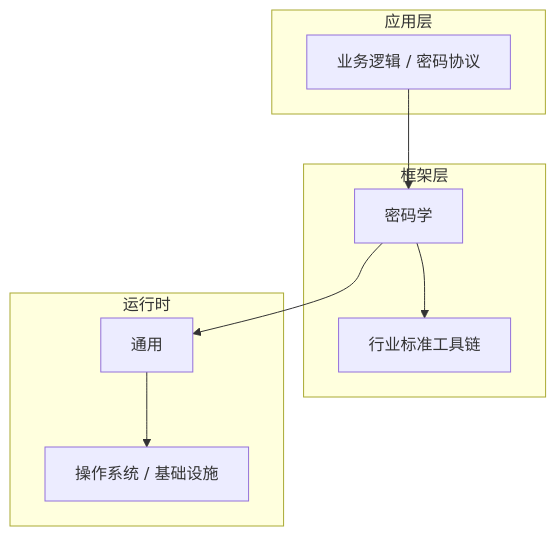
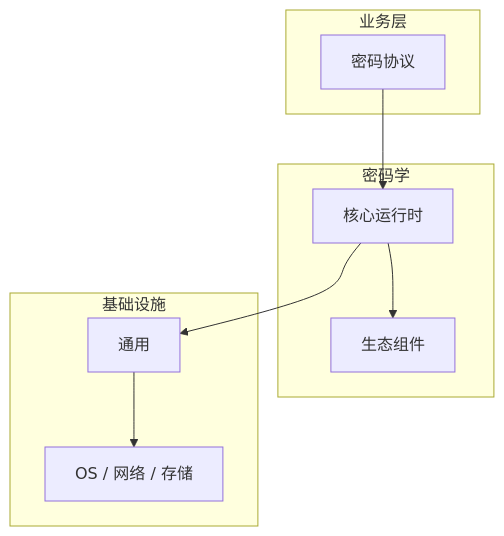
Before and after one commit to yanggan2015/knowledge-json-v2: the diagram in articles/密码学/chapters/081-密码协议核心概念与原理.md, drawn with Mermaid. The commit also changed other lines of this file and 10127 other files, not shown here.

````diff
--- a/articles/密码学/chapters/081-密码协议核心概念与原理.md
+++ b/articles/密码学/chapters/081-密码协议核心概念与原理.md
@@ -46,18 +31,18 @@
 ```mermaid
 graph TB
-    subgraph 应用层
-        A[业务逻辑 / 密码协议]
+    subgraph 业务层
+        A[密码协议]
     end
-    subgraph 框架层
-        B[密码学]
-        C[行业标准工具链]
+    subgraph 密码学
+        B[核心运行时]
+        C[生态组件]
     end
-    subgraph 运行时
+    subgraph 基础设施
         D[通用]
-        E[操作系统 / 基础设施]
+        E[OS / 网络 / 存储]
     end
     A --> B
     B --> C
     B --> D
     D --> E
 ```
````
